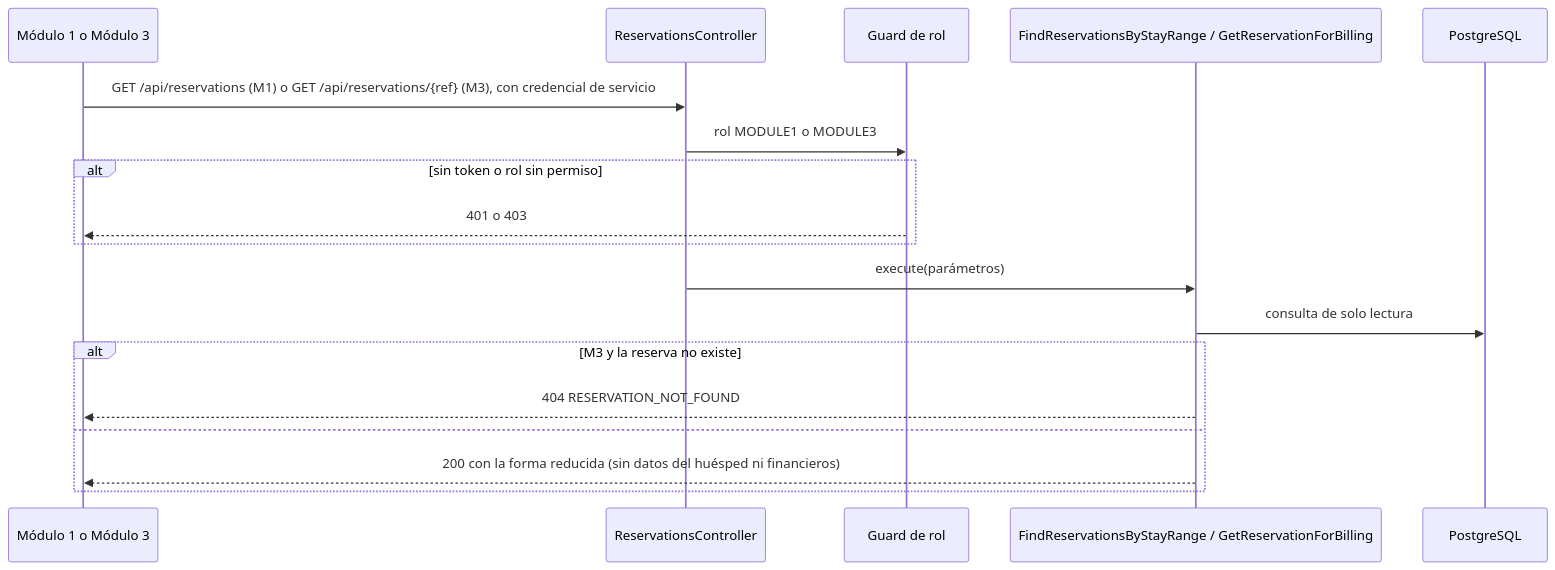
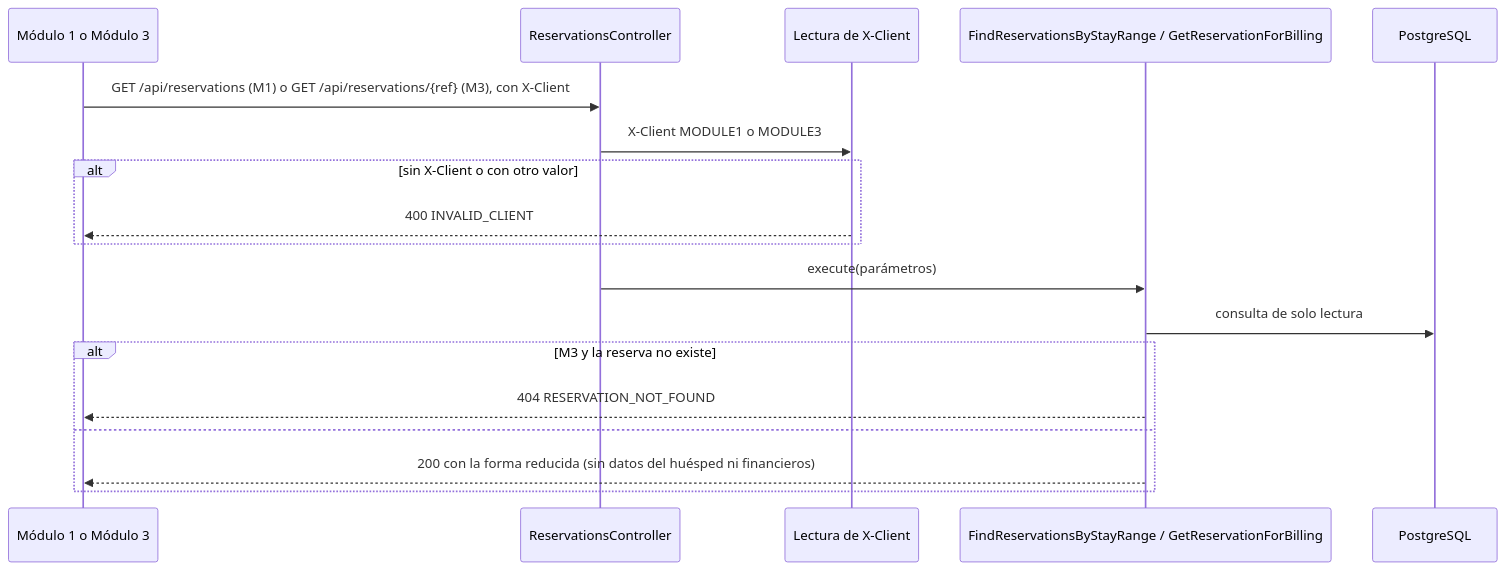
One commit to Lapicero312-lapi/HOSPITUA-MOD-2 changed the fifth of 5 diagrams in specs/check-view-reservation/plan.md. Above: the diagram before and after it, drawn with Mermaid. The commit also changed other lines of this file and 16 other files, not shown here.

````diff
--- a/specs/check-view-reservation/plan.md
+++ b/specs/check-view-reservation/plan.md
@@ -661,21 +663,21 @@
 ```mermaid
 sequenceDiagram
     participant X as Módulo 1 o Módulo 3
     participant C as ReservationsController
-    participant G as Guard de rol
+    participant G as Lectura de X-Client
     participant U as FindReservationsByStayRange / GetReservationForBilling
     participant DB as PostgreSQL
 
-    X->>C: GET /api/reservations (M1) o GET /api/reservations/{ref} (M3), con credencial de servicio
-    C->>G: rol MODULE1 o MODULE3
-    alt sin token o rol sin permiso
-        G-->>X: 401 o 403
+    X->>C: GET /api/reservations (M1) o GET /api/reservations/{ref} (M3), con X-Client
+    C->>G: X-Client MODULE1 o MODULE3
+    alt sin X-Client o con otro valor
+        G-->>X: 400 INVALID_CLIENT
     end
     C->>U: execute(parámetros)
     U->>DB: consulta de solo lectura
     alt M3 y la reserva no existe
         U-->>X: 404 RESERVATION_NOT_FOUND
     else
         U-->>X: 200 con la forma reducida (sin datos del huésped ni financieros)
     end
 ```
````
